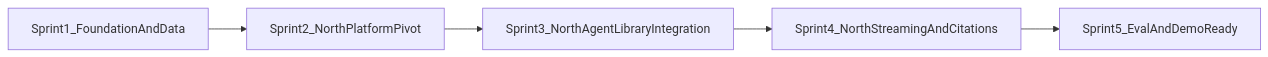
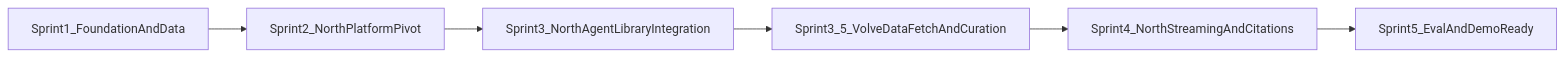
The diagram in sprints/sprintplan.md (CohereJohnny/og-eowi), drawn with Mermaid before and after one commit. The commit also changed other lines of this file and 30 other files, not shown here.

First line of the commit message:
feat: Sprint 3 North integration and Sprint 3.5 data prep (#17)

````diff
--- a/sprints/sprintplan.md
+++ b/sprints/sprintplan.md
@@ -18,7 +18,8 @@
 ```mermaid
 flowchart LR
     S1[Sprint1_FoundationAndData] --> S2[Sprint2_NorthPlatformPivot]
     S2 --> S3[Sprint3_NorthAgentLibraryIntegration]
-    S3 --> S4[Sprint4_NorthStreamingAndCitations]
+    S3 --> S35[Sprint3_5_VolveDataFetchAndCuration]
+    S35 --> S4[Sprint4_NorthStreamingAndCitations]
     S4 --> S5[Sprint5_EvalAndDemoReady]
 ```
````
